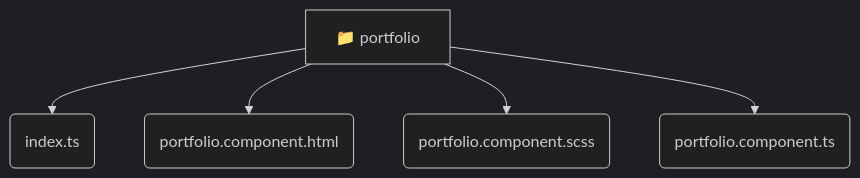
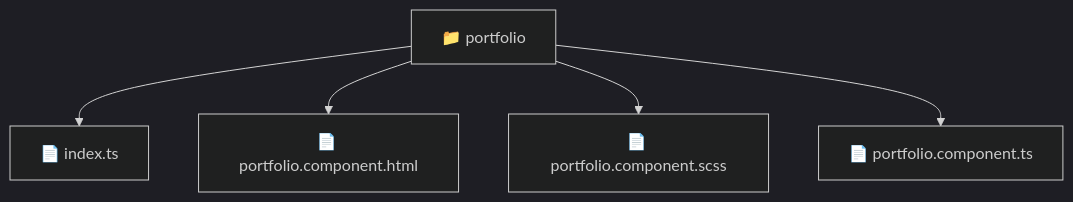
The diagram in frontend/src/pages/portfolio/README.md (beginwebdev2002/fullstack-mavluda), drawn with Mermaid (dark theme) before and after one commit. The commit also changed other lines of this file and 163 other files, not shown here.

````diff
--- a/frontend/src/pages/portfolio/README.md
+++ b/frontend/src/pages/portfolio/README.md
@@ -11,8 +10,8 @@
 ```mermaid
 graph TD
-  portfolio[📁 portfolio]
-  portfolio --> portfolio_index_ts(index.ts)
-  portfolio --> portfolio_portfolio_component_html(portfolio.component.html)
-  portfolio --> portfolio_portfolio_component_scss(portfolio.component.scss)
-  portfolio --> portfolio_portfolio_component_ts(portfolio.component.ts)
+  Root["📁 portfolio"]
+  Root --> indexts["📄 index.ts"]
+  Root --> portfoliocomponenthtml["📄 portfolio.component.html"]
+  Root --> portfoliocomponentscss["📄 portfolio.component.scss"]
+  Root --> portfoliocomponentts["📄 portfolio.component.ts"]
 ```
````
